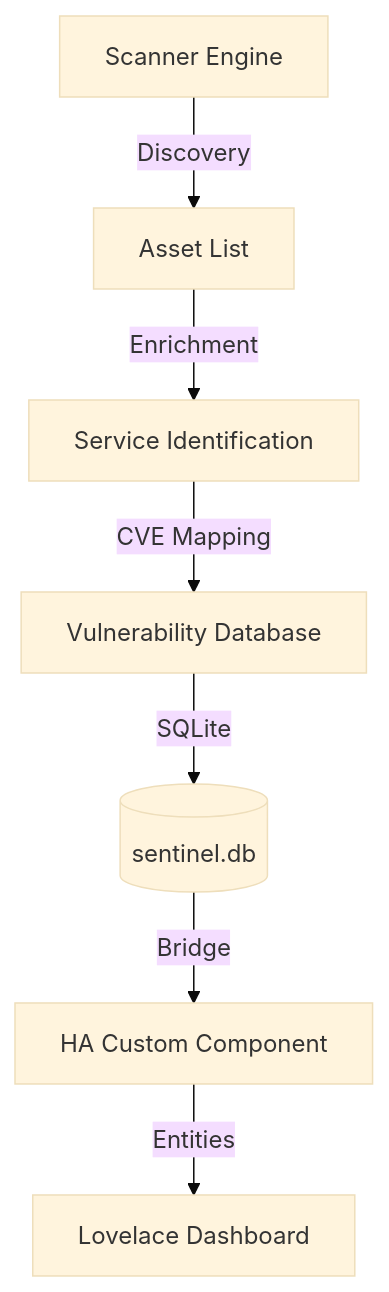
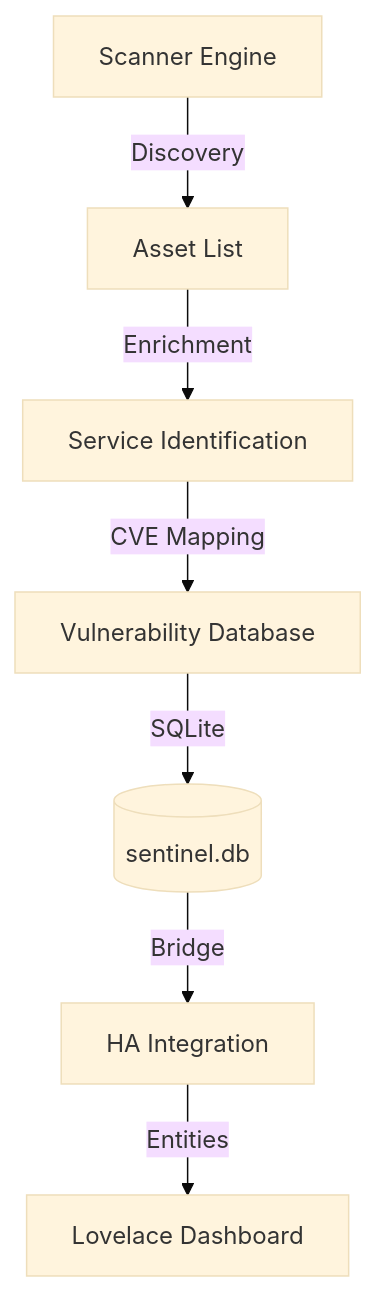
One commit to jgrippe1/project_sentinel_dev changed the diagram in README.md. Above: the diagram before and after it, drawn with Mermaid (base theme). The commit also changed other lines of this file, not shown here.

````diff
--- a/README.md
+++ b/README.md
@@ -20,9 +21,9 @@
 ```mermaid
 graph TD
     A[Scanner Engine] -->|Discovery| B[Asset List]
     B -->|Enrichment| C[Service Identification]
     C -->|CVE Mapping| D[Vulnerability Database]
     D -->|SQLite| E[(sentinel.db)]
-    E -->|Bridge| F[HA Custom Component]
+    E -->|Bridge| F[HA Integration]
     F -->|Entities| G[Lovelace Dashboard]
 ```
````
